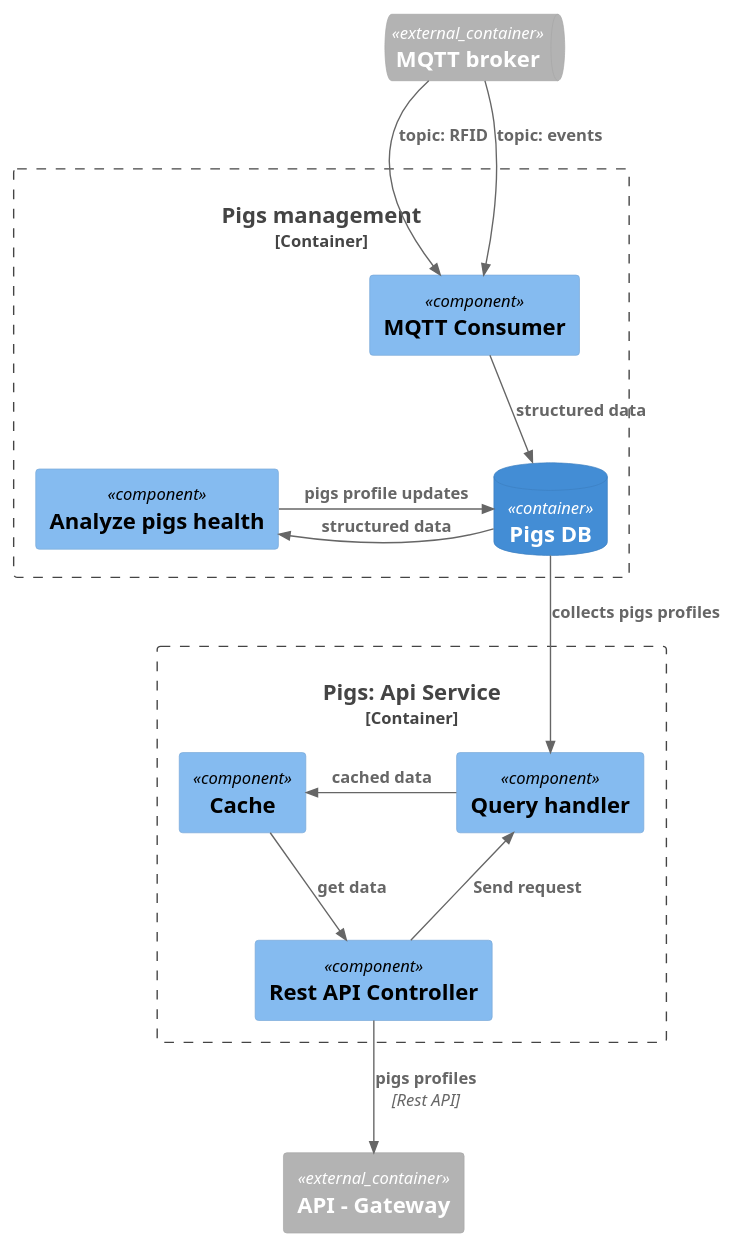
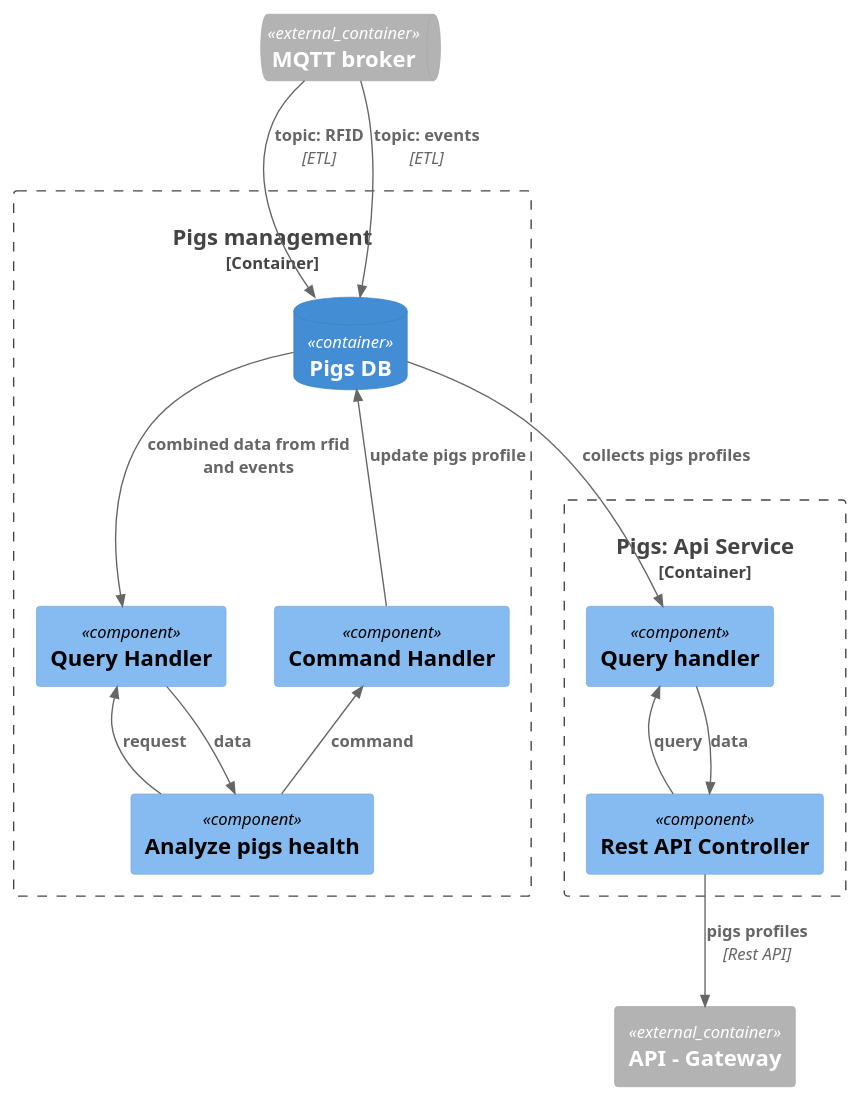
One commit to mirray/MSA-AgroTech changed the diagram in Task3/ATCK_C4_Components_pigs_health.puml. Above: the diagram before and after it, drawn with PlantUML. The commit also changed 1 other file, not shown here.

Commit message:
pigs task3

```diff
--- a/Task3/ATCK_C4_Components_pigs_health.puml
+++ b/Task3/ATCK_C4_Components_pigs_health.puml
@@ -1,26 +1,28 @@
 @startuml Архитектура_АвтоТехноСвиноКомплекс_v1_Pigs
 !include <C4/C4_Component>
 
 ContainerQueue_Ext(data_hub, "MQTT broker")
 Container_Boundary(pigs, "Pigs management"){
-    Component(pigs_service, "MQTT Consumer")
-    Rel_D(data_hub, pigs_service, "topic: RFID")
-    Rel_D(data_hub, pigs_service, "topic: events")
     Component(pigs_analysis, "Analyze pigs health")
     ContainerDb(pigs_db, "Pigs DB")
-    Rel_D(pigs_service, pigs_db, "structured data")
-    Rel_R(pigs_analysis, pigs_db, "pigs profile updates")
-    Rel_L(pigs_db, pigs_analysis, "structured data")   
+    Component(pigs_analysis_qh, "Query Handler")
+    Component(pigs_analysis_ch, "Command Handler")
+    Rel_D(data_hub, pigs_db, "topic: RFID", "ETL")
+    Rel_D(data_hub, pigs_db, "topic: events", "ETL")
+
+    Rel_U(pigs_analysis, pigs_analysis_ch, "command")
+    Rel_U(pigs_analysis_ch, pigs_db, "update pigs profile")
+    Rel_U(pigs_analysis_qh, pigs_analysis, "data")   
+    Rel_U(pigs_analysis, pigs_analysis_qh, "request") 
+    Rel_D(pigs_db, pigs_analysis_qh, "combined data from rfid and events")
 }
 Container_Boundary(pigs_api, "Pigs: Api Service"){
     Component(pigs_qh, "Query handler")
     Rel_D(pigs_db, pigs_qh, "collects pigs profiles")
-    Component(pigs_cache, "Cache")   
-    Rel_L(pigs_qh, pigs_cache, "cached data")
     Component(pigs_controller, "Rest API Controller")
-    Rel_U(pigs_controller, pigs_qh, "Send request")
-    Rel_D(pigs_cache, pigs_controller, "get data")
+    Rel_U(pigs_controller, pigs_qh, "query")
+    Rel_D(pigs_qh, pigs_controller, "data")
     }
 Container_Ext(api, "API - Gateway")
 Rel_D(pigs_controller, api, "pigs profiles", "Rest API")    
 @enduml
```
